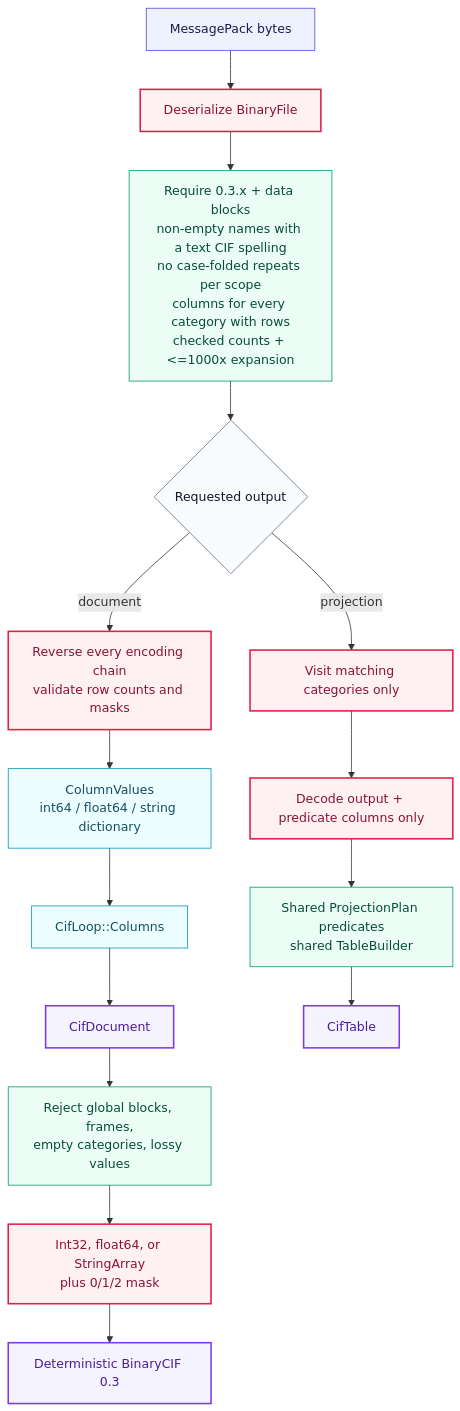
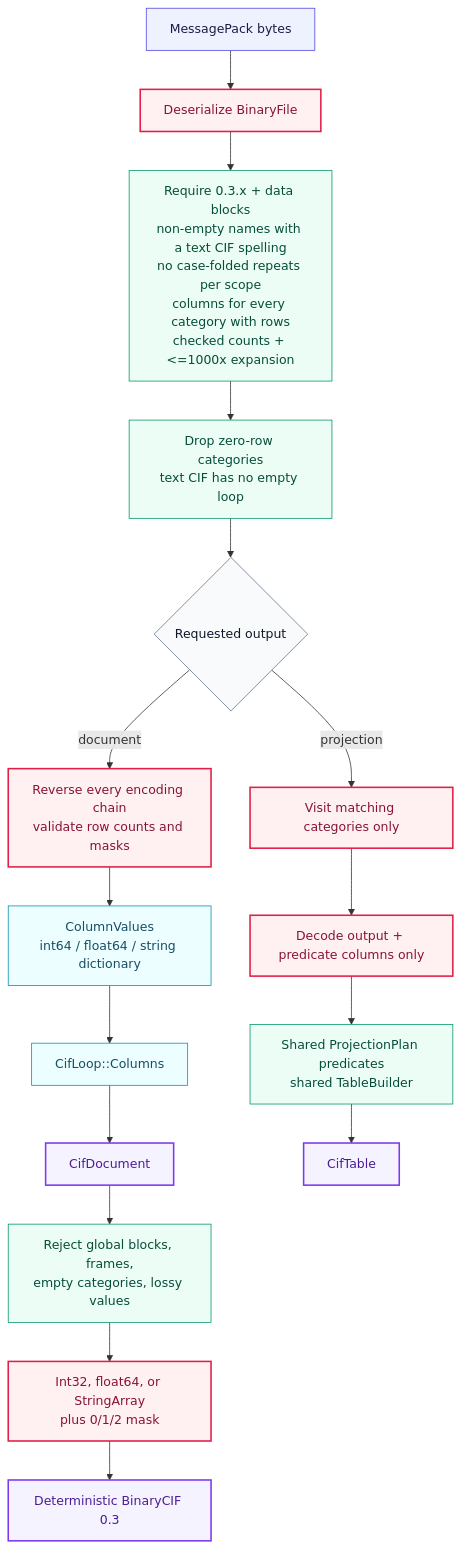
Before and after one commit to jamaliki/Nibbler: the ninth of 10 diagrams in src/cif/README.md, drawn with Mermaid. The commit also changed 3 other files, not shown here.

First line of the commit message:
Skip zero-row BinaryCIF categories in projections too

````diff
--- a/src/cif/README.md
+++ b/src/cif/README.md
@@ -328,27 +328,28 @@
 ```mermaid
 flowchart TB
     RAW["MessagePack bytes"]:::input --> DECODE["Deserialize BinaryFile"]:::hot
     DECODE --> SHAPE["Require 0.3.x + data blocks<br/>non-empty names with a text CIF spelling<br/>no case-folded repeats per scope<br/>columns for every category with rows<br/>checked counts + <=1000x expansion"]:::proof
-    SHAPE --> MODE{"Requested output"}:::decision
+    SHAPE --> ROWS["Drop zero-row categories<br/>text CIF has no empty loop"]:::proof
+    ROWS --> MODE{"Requested output"}:::decision
 
     MODE -- document --> ALL["Reverse every encoding chain<br/>validate row counts and masks"]:::hot
     ALL --> COLS["ColumnValues<br/>int64 / float64 / string dictionary"]:::data
     COLS --> LOOPS["CifLoop::Columns"]:::data
     LOOPS --> DOC["CifDocument"]:::output
 
     MODE -- projection --> MATCH["Visit matching categories only"]:::hot
     MATCH --> SELECT["Decode output + predicate columns only"]:::hot
     SELECT --> FILTER["Shared ProjectionPlan predicates<br/>shared TableBuilder"]:::proof
     FILTER --> TABLE["CifTable"]:::output
 
     DOC --> WRITE["Reject global blocks, frames,<br/>empty categories, lossy values"]:::proof
     WRITE --> ENCODE["Int32, float64, or StringArray<br/>plus 0/1/2 mask"]:::hot
     ENCODE --> OUT["Deterministic BinaryCIF 0.3"]:::output
 
     classDef input fill:#eef2ff,stroke:#4f46e5,color:#1e1b4b;
     classDef decision fill:#f8fafc,stroke:#64748b,color:#0f172a;
     classDef hot fill:#fff1f2,stroke:#e11d48,color:#881337,stroke-width:2px;
     classDef proof fill:#ecfdf5,stroke:#059669,color:#064e3b;
     classDef data fill:#ecfeff,stroke:#0891b2,color:#164e63;
     classDef output fill:#f5f3ff,stroke:#7c3aed,color:#4c1d95,stroke-width:2px;
 ```
````
